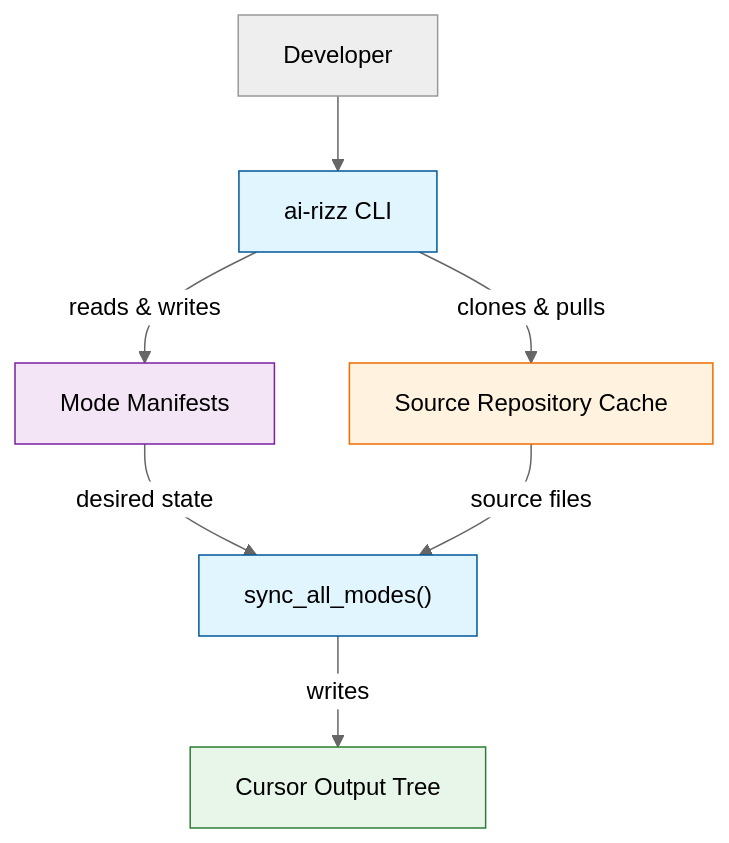
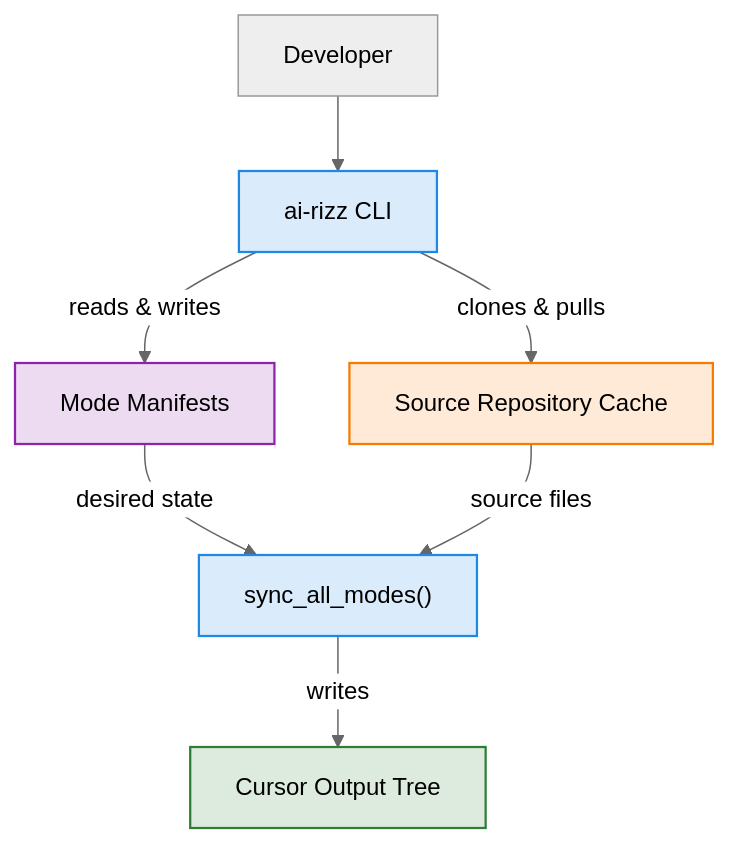
Before and after one commit to Texarkanine/ai-rizz: the first of 3 diagrams in docs/developer-guide/architecture.md, drawn with Mermaid (neutral theme). The commit also changed other lines of this file and 6 other files, not shown here.

````diff
--- a/docs/developer-guide/architecture.md
+++ b/docs/developer-guide/architecture.md
@@ -15,14 +15,14 @@
 ```mermaid
 graph TD
-    classDef cli fill:#e1f5fe,stroke:#01579b;
-    classDef state fill:#f3e5f5,stroke:#7b1fa2;
-    classDef cache fill:#fff3e0,stroke:#ef6c00;
-    classDef output fill:#e8f5e9,stroke:#2e7d32;
+    classDef cli fill:#1e88e5,fill-opacity:0.16,stroke:#1e88e5,stroke-width:1.5px;
+    classDef state fill:#8e24aa,fill-opacity:0.16,stroke:#8e24aa,stroke-width:1.5px;
+    classDef cache fill:#f57c00,fill-opacity:0.16,stroke:#f57c00,stroke-width:1.5px;
+    classDef output fill:#2e7d32,fill-opacity:0.16,stroke:#2e7d32,stroke-width:1.5px;
 
     User["Developer"] --> CLI["ai-rizz CLI"]:::cli
     CLI -->|"reads & writes"| Manifests["Mode Manifests"]:::state
     CLI -->|"clones & pulls"| Cache["Source Repository Cache"]:::cache
     Manifests -->|"desired state"| Sync["sync_all_modes()"]:::cli
     Cache -->|"source files"| Sync
     Sync -->|"writes"| Output["Cursor Output Tree"]:::output
 ```
````
